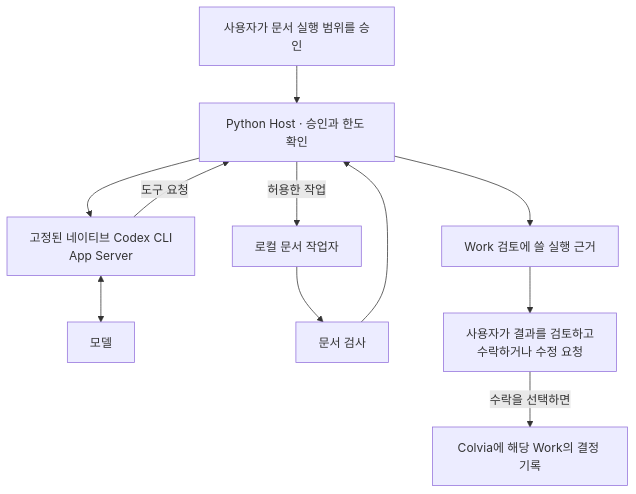
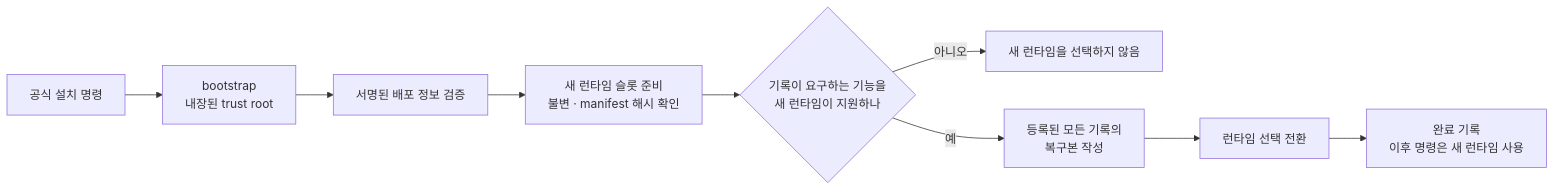
Diagram 11 of 13 in manual/ko/architecture.md (kyungseo/colvia), drawn with Mermaid before and after one commit. The commit also changed other lines of this file and 54 other files, not shown here.

````diff
--- a/manual/ko/architecture.md
+++ b/manual/ko/architecture.md
@@ -45,13 +446,11 @@
 ```mermaid
-flowchart TD
-    U["사용자가 문서 실행 범위를 승인"] --> H["Python Host · 승인과 한도 확인"]
-    H --> R["고정된 네이티브 Codex CLI<br/>App Server"]
-    R -->|도구 요청| H
-    H -->|허용한 작업| W["로컬 문서 작업자"]
-    R <--> M["모델"]
-    W --> K["문서 검사"]
-    K --> H
-    H --> E["Work 검토에 쓸 실행 근거"]
-    E --> V["사용자가 결과를 검토하고<br/>수락하거나 수정 요청"]
-    V -->|수락을 선택하면| C2["Colvia에 해당 Work의 결정 기록"]
+flowchart LR
+    Script["공식 설치 명령"] --> Boot["bootstrap<br/>내장된 trust root"]
+    Boot --> Verify["서명된 배포 정보 검증"]
+    Verify --> Slot["새 런타임 슬롯 준비<br/>불변 · manifest 해시 확인"]
+    Slot --> Check{"기록이 요구하는 기능을<br/>새 런타임이 지원하나"}
+    Check -->|아니오| Stop["새 런타임을 선택하지 않음"]
+    Check -->|예| Backup["등록된 모든 기록의<br/>복구본 작성"]
+    Backup --> Select["런타임 선택 전환"]
+    Select --> Done["완료 기록<br/>이후 명령은 새 런타임 사용"]
 ```
````
